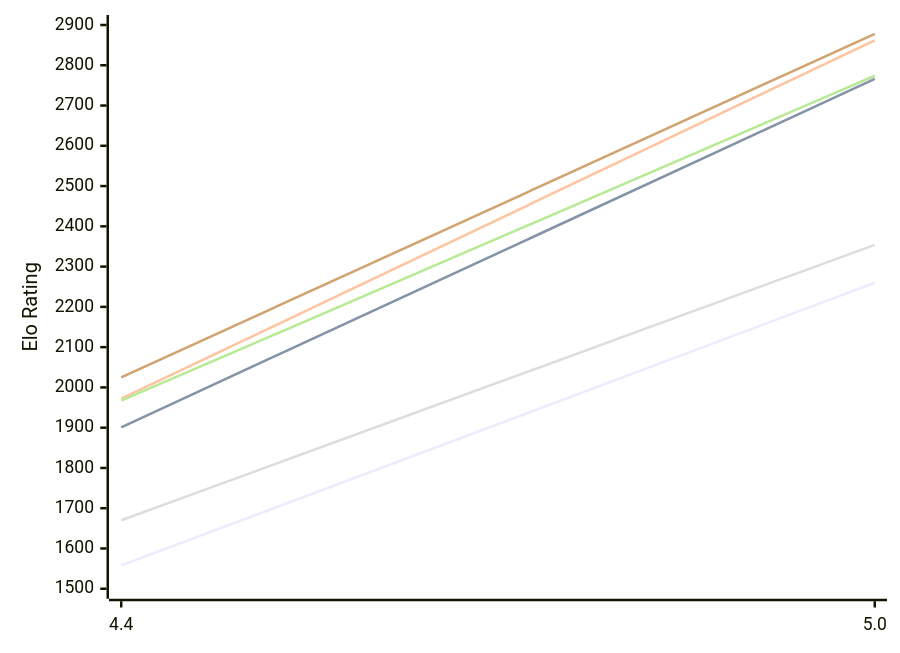
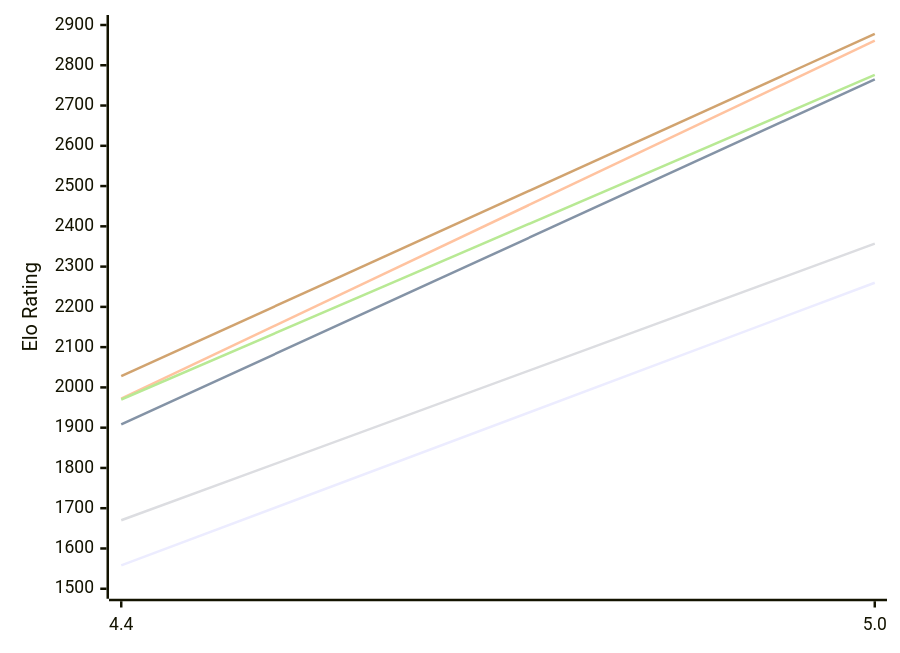
The first of 2 diagrams in engines/Radiance.md (computer-chess-index/cci), drawn with Mermaid before and after one commit. The commit also changed other lines of this file, not shown here.

Commit message:
Update CCI Ratings (ELO VLTC) - 2026-11-28

````diff
--- a/engines/Radiance.md
+++ b/engines/Radiance.md
@@ -51,12 +51,12 @@
 ```mermaid
 %%{init: {"theme":"base","themeVariables":{"seriesColors:['#a3a3a3','#222221','#faa371']}}}%%
 xychart-beta
   x-axis ["4.4", "5.0"]
   y-axis "Elo Rating" 1500 --> 2900
   line "E1: STC (8.0+0.08s)" [1558, 2260]
-  line "E1: LTC (60.0+0.60s)" [1901, 2766]
-  line "E1: VLTC (2m24s+1.12s)" [1972, 2862]
-  line "P1: STC (8.0+0.08s)" [1670, 2354]
-  line "P1: LTC (60.0+0.60s)" [1967, 2774]
-  line "P1: VLTC (2m24s+1.12s)" [2025, 2878]
+  line "E1: LTC (60.0+0.60s)" [1908, 2765]
+  line "E1: VLTC (2m24s+1.12s)" [1972, 2861]
+  line "P1: STC (8.0+0.08s)" [1670, 2357]
+  line "P1: LTC (60.0+0.60s)" [1970, 2776]
+  line "P1: VLTC (2m24s+1.12s)" [2028, 2878]
 ```
````
